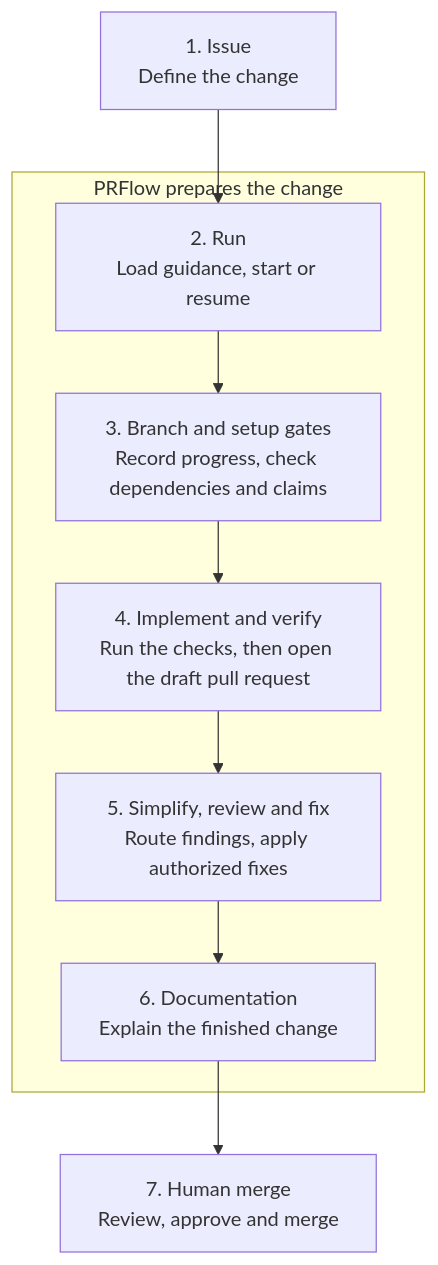
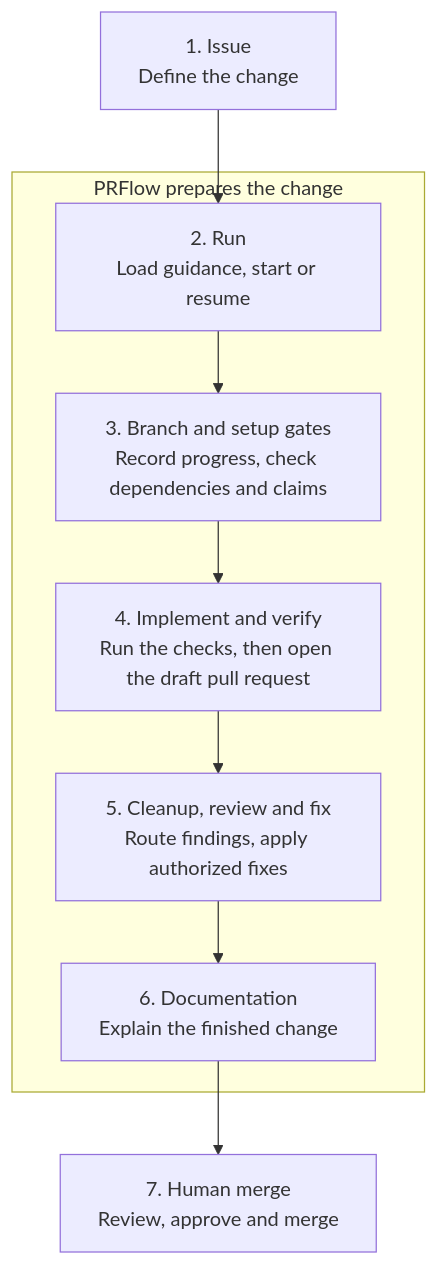
The diagram in docs/external/docs/concepts/lifecycle.md (The01Geek/prflow), drawn with Mermaid before and after one commit. The commit also changed other lines of this file and 121 other files, not shown here.

````diff
--- a/docs/external/docs/concepts/lifecycle.md
+++ b/docs/external/docs/concepts/lifecycle.md
@@ -8,15 +8,15 @@
 ```mermaid
 flowchart TD
     accTitle: Seven stages in the PRFlow lifecycle
-    accDescr: An issue starts a PRFlow run. PRFlow prepares a branch and workpad, clears its setup gates, implements the change, runs the repository's checks and opens a draft pull request. It then simplifies the change, reviews it, applies fixes and updates documentation. A person reviews and merges the finished pull request.
+    accDescr: An issue starts a PRFlow run. PRFlow prepares a branch and workpad, clears its setup gates, implements the change, runs the repository's checks and opens a draft pull request. It then runs a cleanup pass over the change, reviews it, applies fixes and updates documentation. A person reviews and merges the finished pull request.
     issue["1. Issue<br/>Define the change"] --> run["2. Run<br/>Load guidance, start or resume"]
 
     subgraph prflow["PRFlow prepares the change"]
         run --> branch["3. Branch and setup gates<br/>Record progress, check dependencies and claims"]
         branch --> draft["4. Implement and verify<br/>Run the checks, then open the draft pull request"]
-        draft --> review["5. Simplify, review and fix<br/>Route findings, apply authorized fixes"]
+        draft --> review["5. Cleanup, review and fix<br/>Route findings, apply authorized fixes"]
         review --> docs["6. Documentation<br/>Explain the finished change"]
     end
 
     docs --> merge["7. Human merge<br/>Review, approve and merge"]
 ```
````
